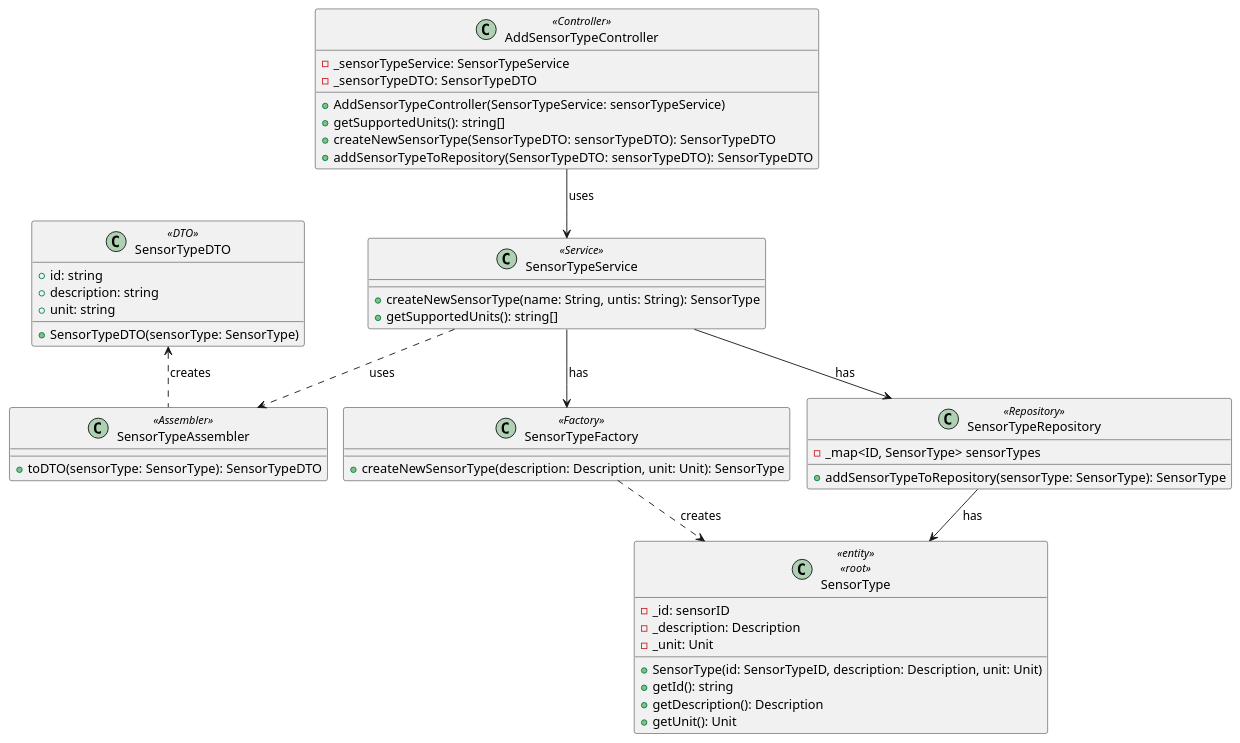
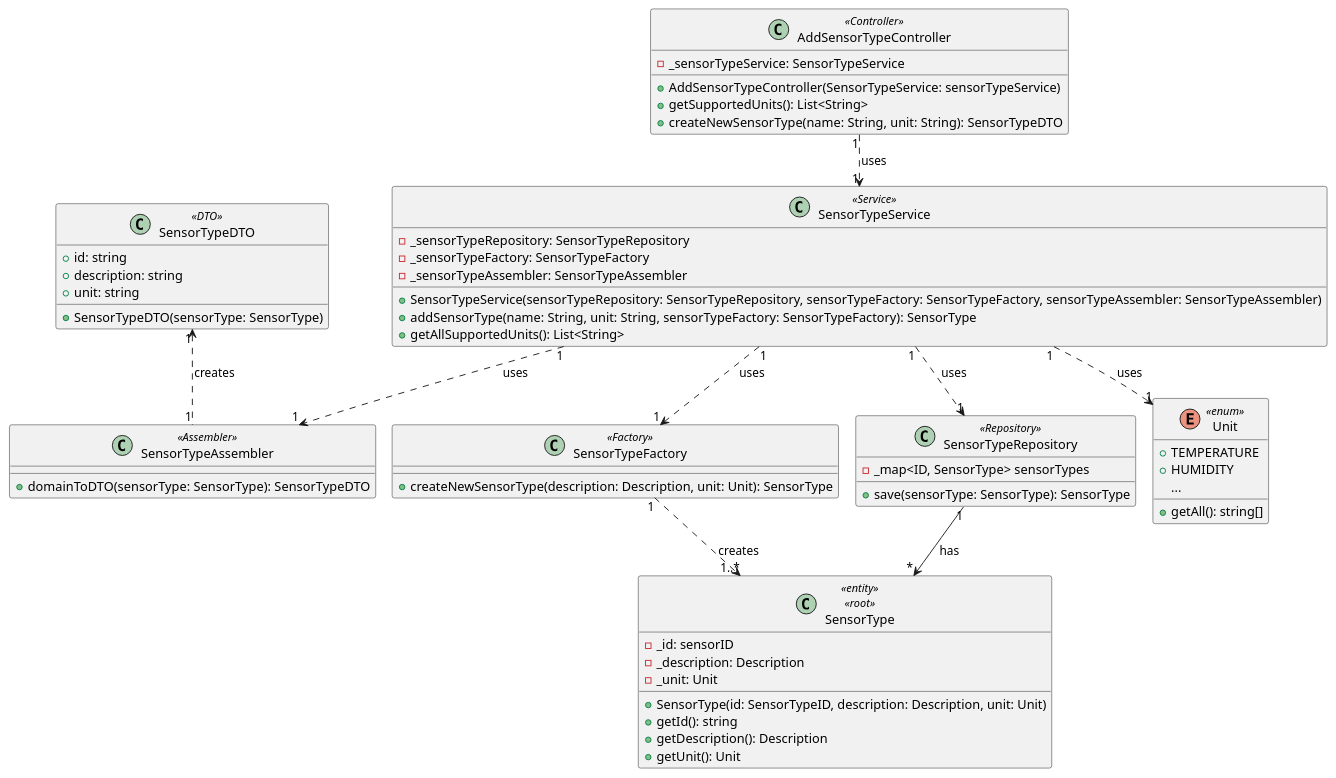
One commit to olivDiogo/SmartHome changed the diagram in docs/ood/classDiagram/US04AddSupportedSensorType.puml. Above: the diagram before and after it, drawn with PlantUML. The commit also changed 2 other files, not shown here.

```diff
--- a/docs/ood/classDiagram/US04AddSupportedSensorType.puml
+++ b/docs/ood/classDiagram/US04AddSupportedSensorType.puml
@@ -1,56 +1,66 @@
 @startuml
 !pragma layout smetana
 
 class SensorType<<entity>> <<root>> {
   - _id: sensorID
   - _description: Description
   - _unit: Unit
   + SensorType(id: SensorTypeID, description: Description, unit: Unit)
   + getId(): string
   + getDescription(): Description
   + getUnit(): Unit
   }
 
 class SensorTypeFactory<<Factory>> {
   + createNewSensorType(description: Description, unit: Unit): SensorType
   }
 
 class SensorTypeRepository<<Repository>> {
   - _map<ID, SensorType> sensorTypes
-  + addSensorTypeToRepository(sensorType: SensorType): SensorType
+  + save(sensorType: SensorType): SensorType
   }
 class SensorTypeService<<Service>> {
-  + createNewSensorType(name: String, untis: String): SensorType
-  + getSupportedUnits(): string[]
+    - _sensorTypeRepository: SensorTypeRepository
+    - _sensorTypeFactory: SensorTypeFactory
+    - _sensorTypeAssembler: SensorTypeAssembler
+  + SensorTypeService(sensorTypeRepository: SensorTypeRepository, sensorTypeFactory: SensorTypeFactory, sensorTypeAssembler: SensorTypeAssembler)
+  + addSensorType(name: String, unit: String, sensorTypeFactory: SensorTypeFactory): SensorType
+  + getAllSupportedUnits(): List<String>
   }
 class AddSensorTypeController<<Controller>> {
   - _sensorTypeService: SensorTypeService
-  - _sensorTypeDTO: SensorTypeDTO
   + AddSensorTypeController(SensorTypeService: sensorTypeService)
-  + getSupportedUnits(): string[]
-  + createNewSensorType(SensorTypeDTO: sensorTypeDTO): SensorTypeDTO
-  + addSensorTypeToRepository(SensorTypeDTO: sensorTypeDTO): SensorTypeDTO
+  + getSupportedUnits(): List<String>
+  + createNewSensorType(name: String, unit: String): SensorTypeDTO
   }
 class SensorTypeDTO<<DTO>> {
 + id: string
 + description: string
 + unit: string
 + SensorTypeDTO(sensorType: SensorType)
 }
 class SensorTypeAssembler<<Assembler>> {
-  + toDTO(sensorType: SensorType): SensorTypeDTO
+  + domainToDTO(sensorType: SensorType): SensorTypeDTO
   }
 
+enum Unit <<enum>> {
++ TEMPERATURE
++ HUMIDITY
+...
++ getAll(): string[]
+}
 
-SensorTypeRepository -down-> SensorType: has
-SensorTypeService -down-> SensorTypeFactory: has
-SensorTypeService -down-> SensorTypeRepository: has
-SensorTypeFactory .down.> SensorType: creates
-AddSensorTypeController -down-> SensorTypeService: uses
-SensorTypeService .down.> SensorTypeAssembler: uses
-SensorTypeAssembler .up.> SensorTypeDTO: creates
+
+SensorTypeRepository"1" -down-> "*"SensorType: has
+SensorTypeService"1" .down.> "1"SensorTypeFactory: uses
+SensorTypeService"1" .down.> "1"Unit: uses
+SensorTypeService"1" .down.> "1"SensorTypeRepository: uses
+SensorTypeFactory"1" .down.> "1..*"SensorType: creates
+AddSensorTypeController"1" .down.> "1"SensorTypeService: uses
+SensorTypeService"1" .down.> "1"SensorTypeAssembler: uses
+SensorTypeAssembler"1" .up.> "1"SensorTypeDTO: creates
 
 
 
 
 @enduml
```
